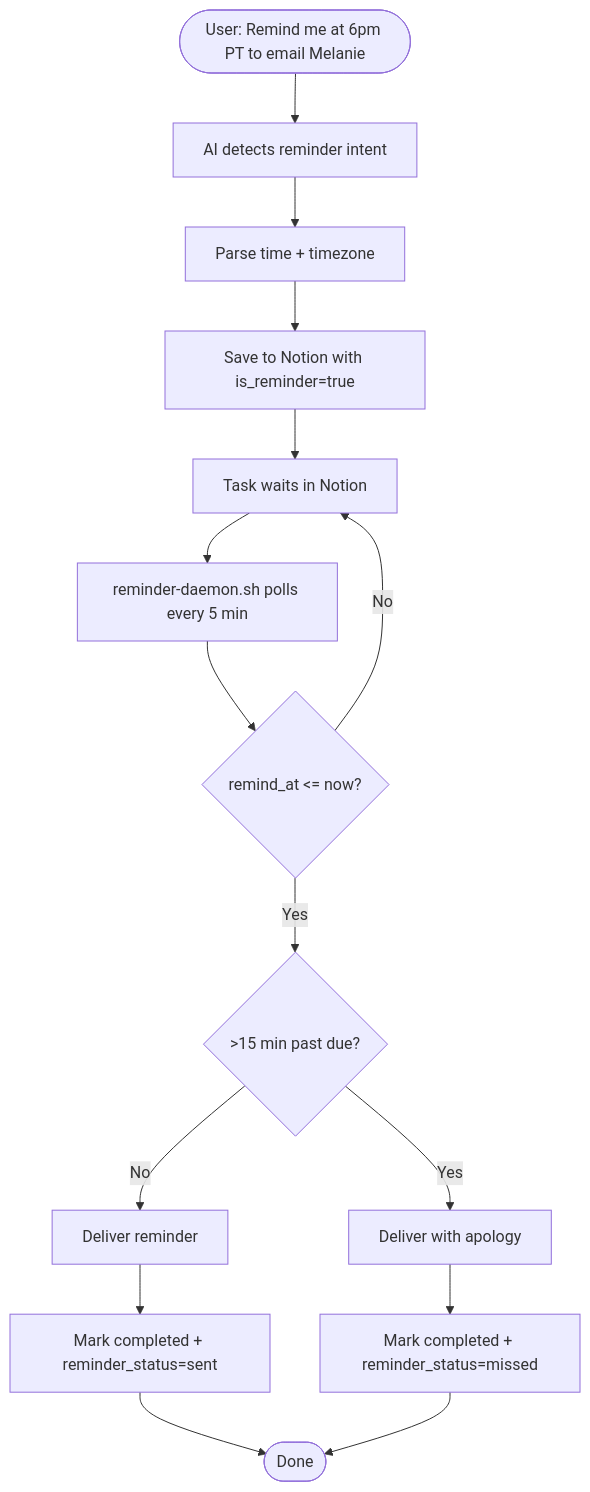
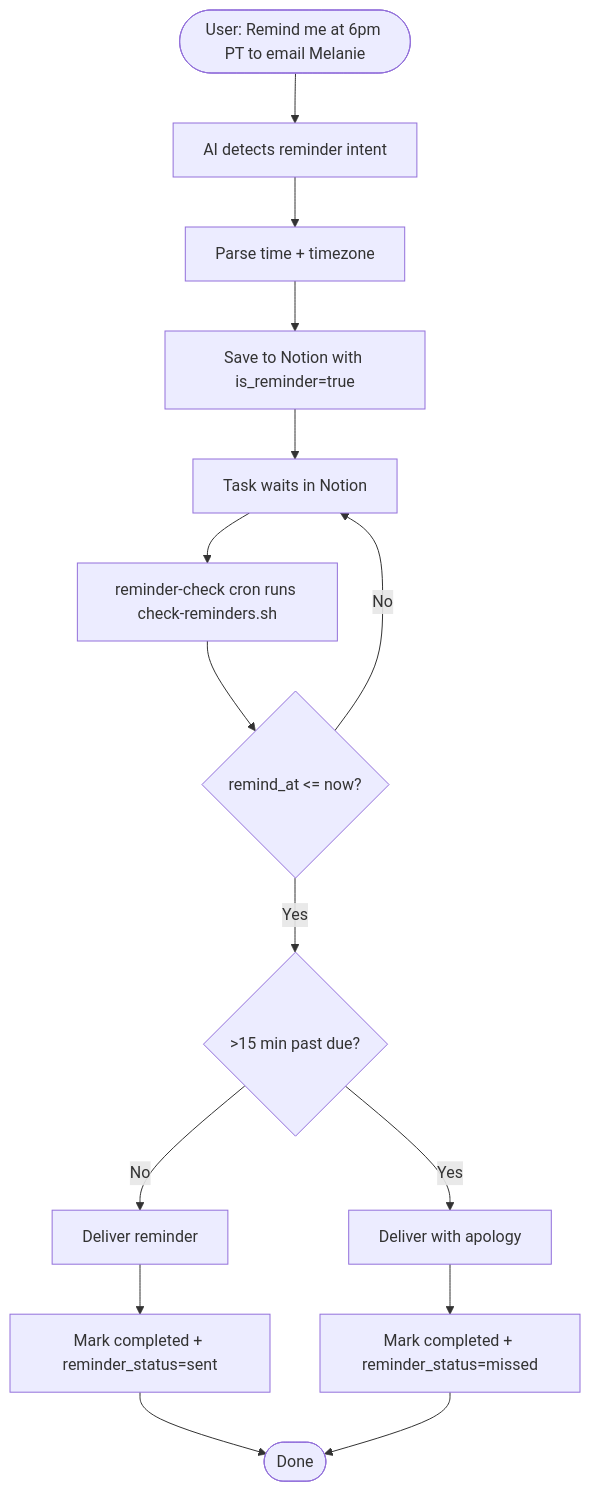
Diagram 28 of 29 in docs/task-lifecycle.md (NickBorgersProbably/hide-my-list), drawn with Mermaid before and after one commit. The commit also changed other lines of this file and 5 other files, not shown here.

Commit message:
docs: replace daemon references with cron flow

````diff
--- a/docs/task-lifecycle.md
+++ b/docs/task-lifecycle.md
@@ -934,21 +934,21 @@
 ```mermaid
 flowchart TD
     Intake([User: Remind me at 6pm PT to email Melanie]) --> Detect[AI detects reminder intent]
     Detect --> Parse[Parse time + timezone]
     Parse --> Save[Save to Notion with is_reminder=true]
 
     Save --> Wait[Task waits in Notion]
-    Wait --> Daemon[reminder-daemon.sh polls every 5 min]
-    Daemon --> Due{remind_at <= now?}
+    Wait --> Cron[reminder-check cron runs check-reminders.sh]
+    Cron --> Due{remind_at <= now?}
     Due -->|No| Wait
     Due -->|Yes| Late{>15 min past due?}
 
     Late -->|No| Send[Deliver reminder]
     Late -->|Yes| SendMissed[Deliver with apology]
 
     Send --> Complete[Mark completed + reminder_status=sent]
     SendMissed --> Complete2[Mark completed + reminder_status=missed]
 
     Complete --> Done([Done])
     Complete2 --> Done
 ```
````
